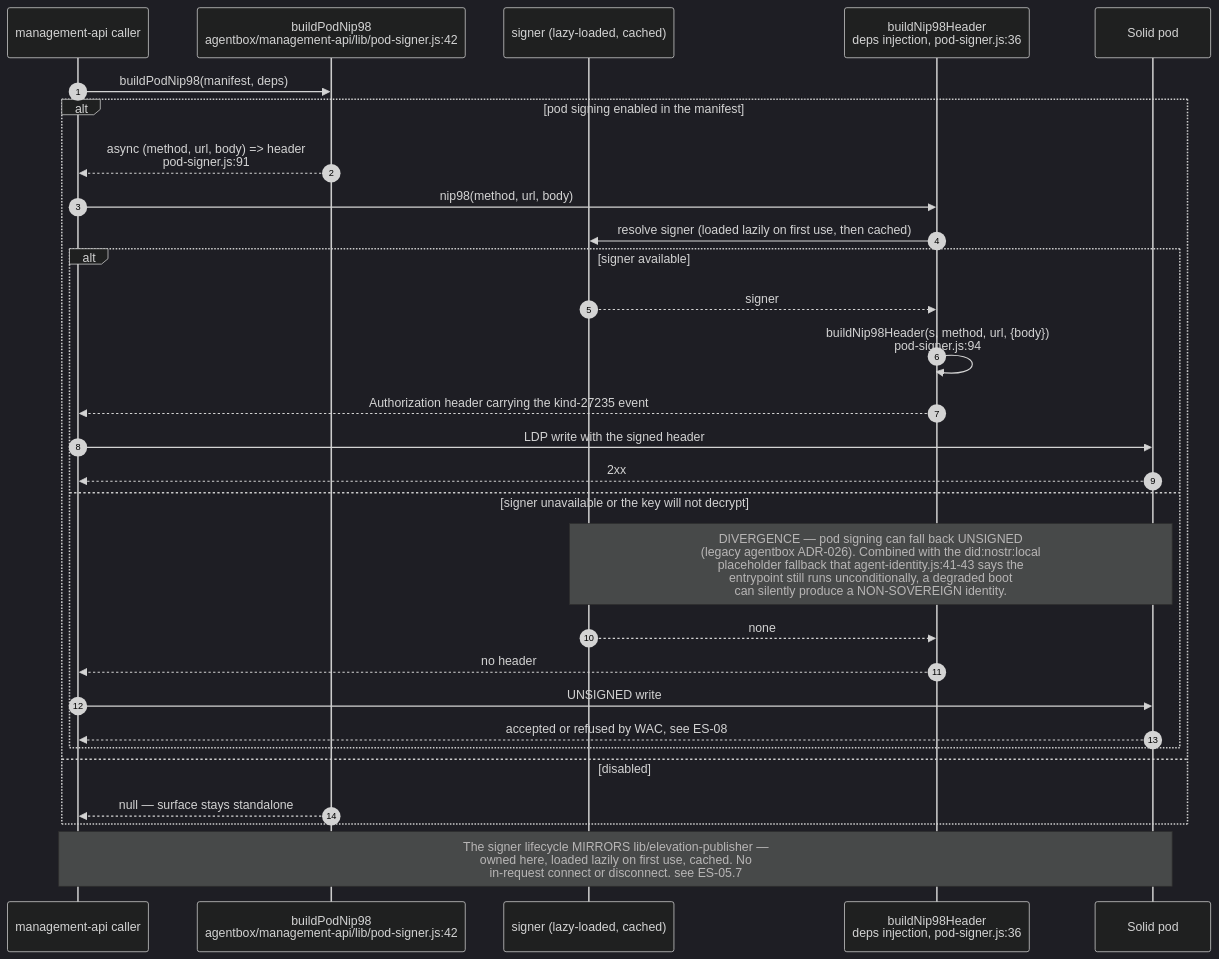
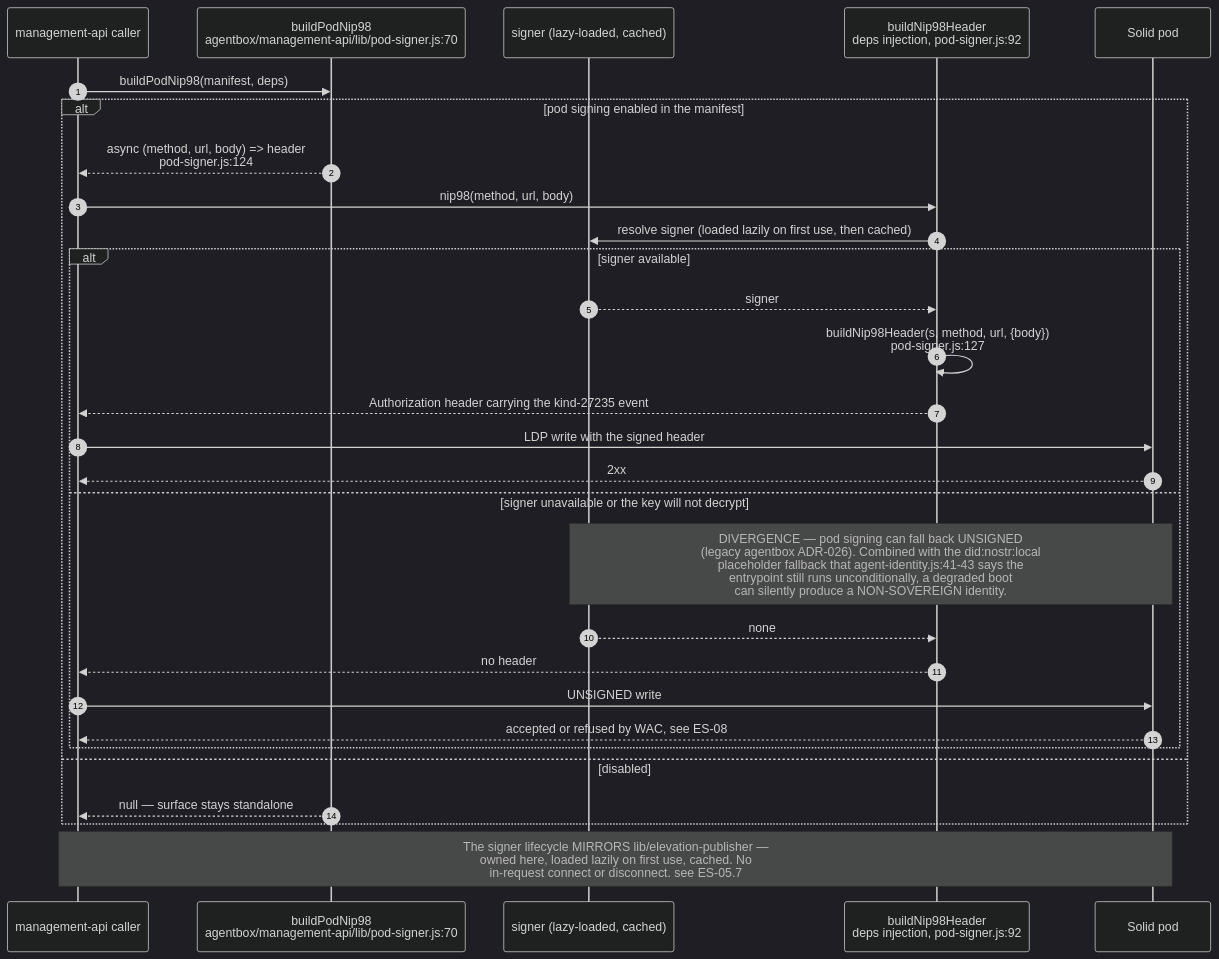
Before and after one commit to DreamLab-AI/VisionFlow: the third of 6 diagrams in docs/diagrams/estate/04-identity-mesh-did-nostr.md, drawn with Mermaid (dark theme). The commit also changed other lines of this file and 111 other files, not shown here.

Commit message:
docs(diagrams): align estate maps with current source

````diff
--- a/docs/diagrams/estate/04-identity-mesh-did-nostr.md
+++ b/docs/diagrams/estate/04-identity-mesh-did-nostr.md
@@ -136,32 +137,32 @@
 ```mermaid
 sequenceDiagram
     autonumber
     participant CALLER as management-api caller
-    participant B as buildPodNip98<br/>agentbox/management-api/lib/pod-signer.js:42
+    participant B as buildPodNip98<br/>agentbox/management-api/lib/pod-signer.js:70
     participant S as signer (lazy-loaded, cached)
-    participant H as buildNip98Header<br/>deps injection, pod-signer.js:36
+    participant H as buildNip98Header<br/>deps injection, pod-signer.js:92
     participant POD as Solid pod
 
     CALLER->>B: buildPodNip98(manifest, deps)
     alt pod signing enabled in the manifest
-        B-->>CALLER: async (method, url, body) => header<br/>pod-signer.js:91
+        B-->>CALLER: async (method, url, body) => header<br/>pod-signer.js:124
         CALLER->>H: nip98(method, url, body)
         H->>S: resolve signer (loaded lazily on first use, then cached)
         alt signer available
             S-->>H: signer
-            H->>H: buildNip98Header(s, method, url, {body})<br/>pod-signer.js:94
+            H->>H: buildNip98Header(s, method, url, {body})<br/>pod-signer.js:127
             H-->>CALLER: Authorization header carrying the kind-27235 event
             CALLER->>POD: LDP write with the signed header
             POD-->>CALLER: 2xx
         else signer unavailable or the key will not decrypt
             Note over S,POD: DIVERGENCE — pod signing can fall back UNSIGNED<br/>(legacy agentbox ADR-026). Combined with the did:nostr:local<br/>placeholder fallback that agent-identity.js:41-43 says the<br/>entrypoint still runs unconditionally, a degraded boot<br/>can silently produce a NON-SOVEREIGN identity.
             S-->>H: none
             H-->>CALLER: no header
             CALLER->>POD: UNSIGNED write
             POD-->>CALLER: accepted or refused by WAC, see ES-08
         end
     else disabled
         B-->>CALLER: null — surface stays standalone
     end
     Note over CALLER,POD: The signer lifecycle MIRRORS lib/elevation-publisher —<br/>owned here, loaded lazily on first use, cached. No<br/>in-request connect or disconnect. see ES-05.7
 ```
````
